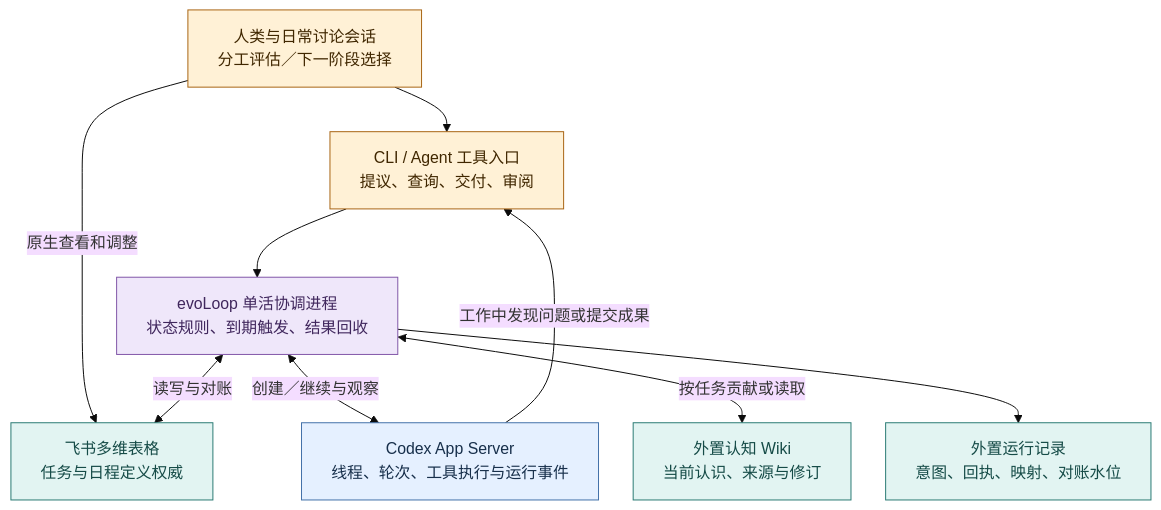
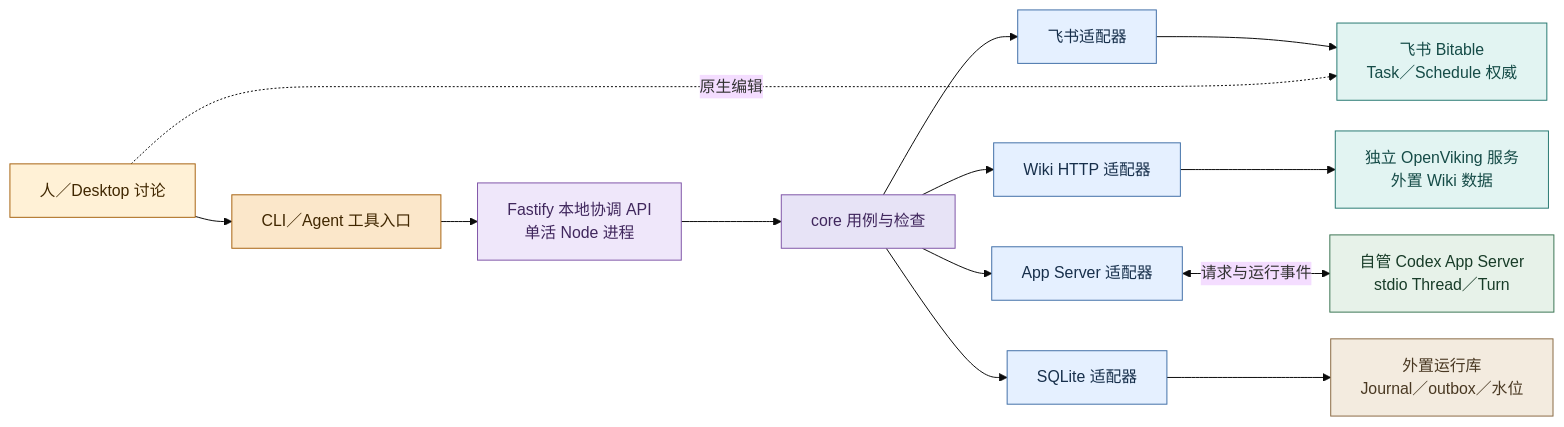
One commit to cyl19970726/evoLoop changed the second of 2 diagrams in docs/architecture/packages.md. Above: the diagram before and after it, drawn with Mermaid (base theme). The commit also changed other lines of this file and 10 other files, not shown here.

````diff
--- a/docs/architecture/packages.md
+++ b/docs/architecture/packages.md
@@ -103,22 +66,20 @@
 ```mermaid
-%%{init: {"flowchart":{"wrappingWidth":240,"nodeSpacing":35,"rankSpacing":45}}}%%
-flowchart TB
-  HUMAN["人类与日常讨论会话<br/>分工评估／下一阶段选择"]:::entry
-  FEISHU["飞书多维表格<br/>任务与日程定义权威"]:::store
-  TOOLS["CLI / Agent 工具入口<br/>提议、查询、交付、审阅"]:::entry
-  DAEMON["evoLoop 单活协调进程<br/>状态规则、到期触发、结果回收"]:::core
-  CODEX["Codex App Server<br/>线程、轮次、工具执行与运行事件"]:::runtime
-  WIKI["外置认知 Wiki<br/>当前认识、来源与修订"]:::store
-  JOURNAL["外置运行记录<br/>意图、回执、映射、对账水位"]:::store
-  HUMAN --> TOOLS --> DAEMON
-  HUMAN -->|原生查看和调整| FEISHU
-  DAEMON <-->|读写与对账| FEISHU
-  DAEMON <-->|创建／继续与观察| CODEX
-  CODEX -->|工作中发现问题或提交成果| TOOLS
-  DAEMON <-->|按任务贡献或读取| WIKI
-  DAEMON --> JOURNAL
-  classDef entry fill:#FFF1D6,stroke:#A86412,color:#402700
-  classDef core fill:#EFE7FA,stroke:#8056A8,color:#40275D
-  classDef runtime fill:#E5F0FF,stroke:#4270A8,color:#172F4B
-  classDef store fill:#E2F4F2,stroke:#297A73,color:#154B47
+%%{init: {"flowchart":{"wrappingWidth":210,"nodeSpacing":27,"rankSpacing":37}}}%%
+flowchart LR
+  H["人／Desktop 讨论"]:::human --> B["CLI／Agent 工具入口"]:::entry
+  B --> A["Fastify 本地协调 API<br/>单活 Node 进程"]:::app
+  A --> C["core 用例与检查"]:::core
+  C --> F["飞书适配器"]:::adapter --> FS["飞书 Bitable<br/>Task／Schedule 权威"]:::authority
+  C --> W["Wiki HTTP 适配器"]:::adapter --> OV["独立 OpenViking 服务<br/>外置 Wiki 数据"]:::authority
+  C --> R["App Server 适配器"]:::adapter <-->|请求与运行事件| AS["自管 Codex App Server<br/>stdio Thread／Turn"]:::external
+  C --> L["SQLite 适配器"]:::adapter --> DB["外置运行库<br/>Journal／outbox／水位"]:::state
+  H -.->|原生编辑| FS
+  classDef human fill:#FFF1D6,stroke:#A86412,color:#402700
+  classDef entry fill:#FBE7CA,stroke:#A86412,color:#402700
+  classDef app fill:#EFE7FA,stroke:#8056A8,color:#40275D
+  classDef core fill:#E7E3F6,stroke:#8056A8,color:#40275D
+  classDef adapter fill:#E5F0FF,stroke:#4270A8,color:#172F4B
+  classDef authority fill:#E2F4F2,stroke:#297A73,color:#154B47
+  classDef external fill:#E7F2E9,stroke:#3C7654,color:#183C28
+  classDef state fill:#F3EBDF,stroke:#8A6B45,color:#493822
 ```
````
